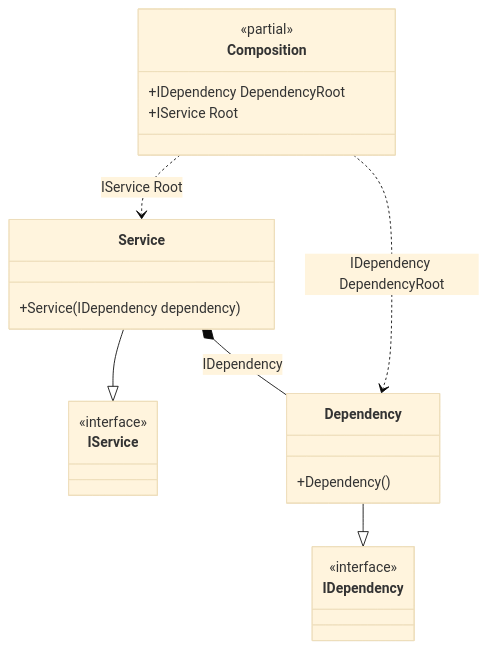
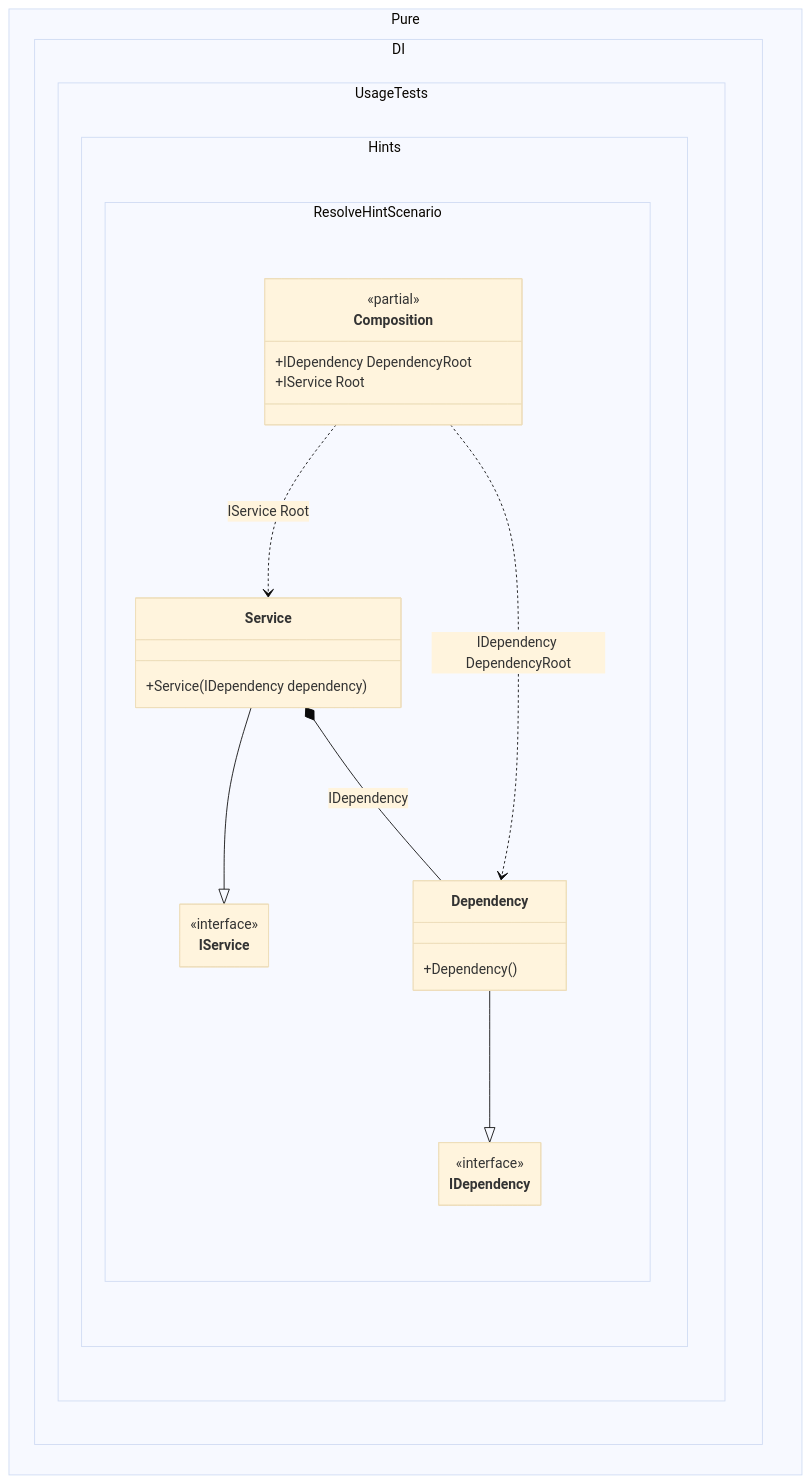
One commit to DevTeam/Pure.DI changed the diagram in readme/resolve-hint.md. Above: the diagram before and after it, drawn with Mermaid (base theme). The commit also changed 103 other files, not shown here.

Commit message:
Improved class diagrams

````diff
--- a/readme/resolve-hint.md
+++ b/readme/resolve-hint.md
@@ -74,25 +74,32 @@
 ```mermaid
+---
+ config:
+  class:
+   hideEmptyMembersBox: true
+---
 classDiagram
-	class Composition {
+	Service --|> IService
+	Dependency --|> IDependency
+	Composition ..> Service : IService Root
+	Composition ..> Dependency : IDependency DependencyRoot
+	Service *--  Dependency : IDependency
+	namespace Pure.DI.UsageTests.Hints.ResolveHintScenario {
+		class Composition {
 		<<partial>>
 		+IDependency DependencyRoot
 		+IService Root
+		}
+		class Dependency {
+			+Dependency()
+		}
+		class IDependency {
+			<<interface>>
+		}
+		class IService {
+			<<interface>>
+		}
+		class Service {
+			+Service(IDependency dependency)
+		}
 	}
-	Service --|> IService
-	class Service {
-		+Service(IDependency dependency)
-	}
-	Dependency --|> IDependency
-	class Dependency {
-		+Dependency()
-	}
-	class IService {
-		<<interface>>
-	}
-	class IDependency {
-		<<interface>>
-	}
-	Composition ..> Service : IService Root
-	Composition ..> Dependency : IDependency DependencyRoot
-	Service *--  Dependency : IDependency
 ```
````
